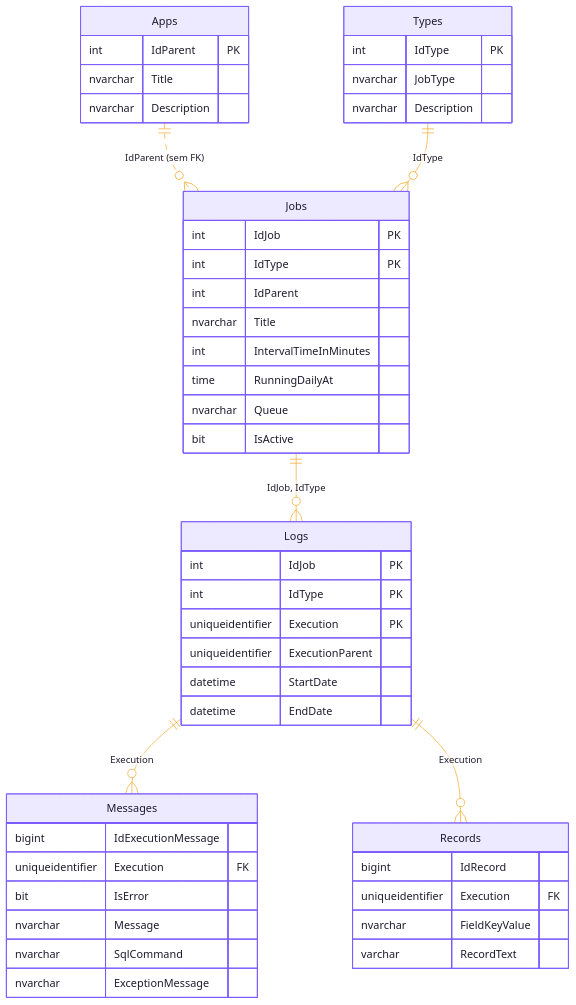
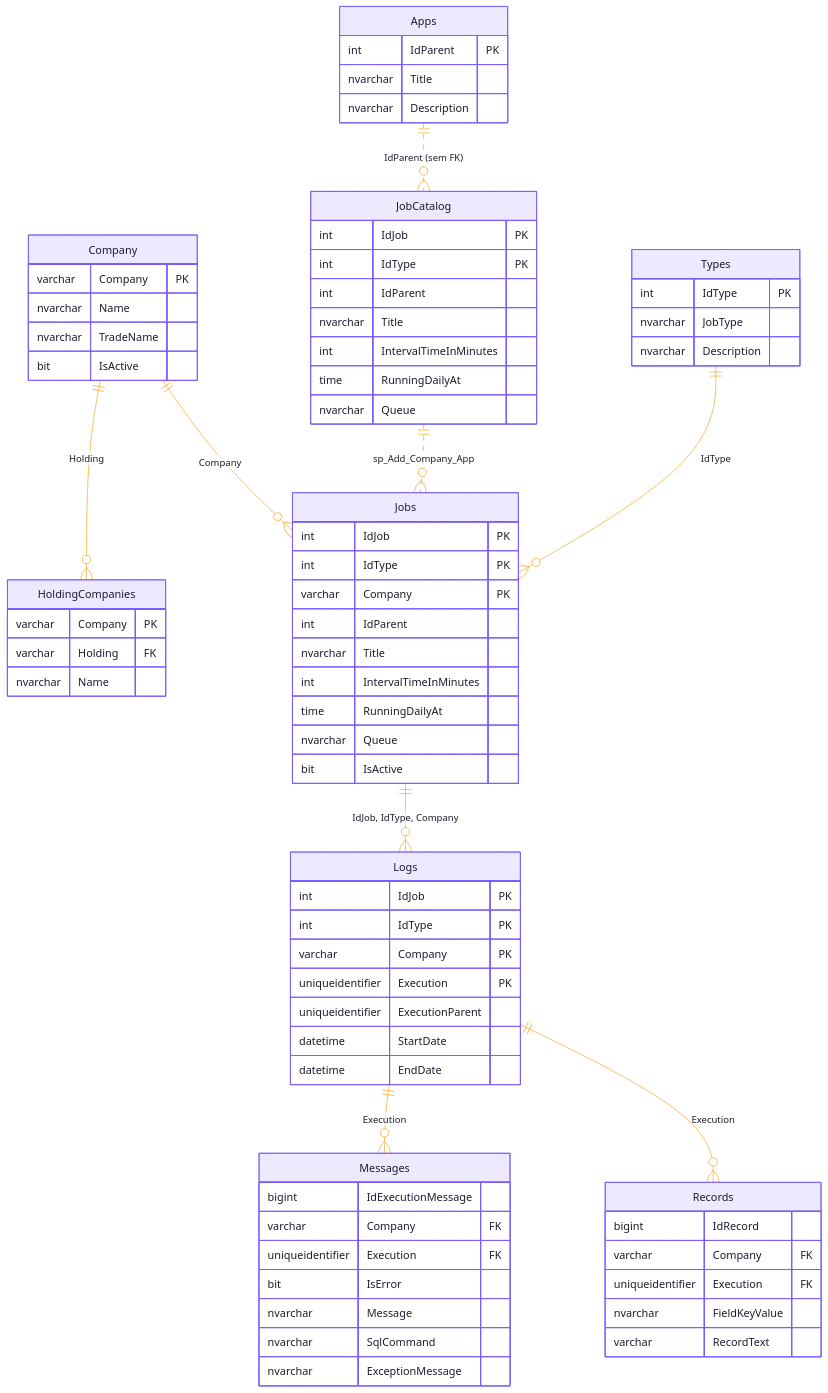
One commit to cayo-kume/extract-transform-load-integrations-system changed the ninth of 11 diagrams in README.md. Above: the diagram before and after it, drawn with Mermaid. The commit also changed other lines of this file and 17 other files, not shown here.

````diff
--- a/README.md
+++ b/README.md
@@ -396,52 +495,79 @@
 ```mermaid
 %%{init: {'theme':'base','themeVariables':{'primaryColor':'#ede9fe','primaryTextColor':'#1e1b2e','primaryBorderColor':'#7c5cff','lineColor':'#f5a524','tertiaryColor':'#ffffff'}}}%%
 erDiagram
-    Apps ||..o{ Jobs : "IdParent (sem FK)"
+    Company ||--o{ HoldingCompanies : "Holding"
+    Company ||--o{ Jobs : "Company"
+    Apps ||..o{ JobCatalog : "IdParent (sem FK)"
+    JobCatalog ||..o{ Jobs : "sp_Add_Company_App"
     Types ||--o{ Jobs : "IdType"
-    Jobs ||--o{ Logs : "IdJob, IdType"
+    Jobs ||--o{ Logs : "IdJob, IdType, Company"
     Logs ||--o{ Messages : "Execution"
     Logs ||--o{ Records : "Execution"
 
+    Company {
+        varchar Company PK
+        nvarchar Name
+        nvarchar TradeName
+        bit IsActive
+    }
+    HoldingCompanies {
+        varchar Company PK
+        varchar Holding FK
+        nvarchar Name
+    }
     Apps {
         int IdParent PK
         nvarchar Title
         nvarchar Description
     }
     Types {
         int IdType PK
         nvarchar JobType
         nvarchar Description
     }
+    JobCatalog {
+        int IdJob PK
+        int IdType PK
+        int IdParent
+        nvarchar Title
+        int IntervalTimeInMinutes
+        time RunningDailyAt
+        nvarchar Queue
+    }
     Jobs {
         int IdJob PK
         int IdType PK
+        varchar Company PK
         int IdParent
         nvarchar Title
         int IntervalTimeInMinutes
         time RunningDailyAt
         nvarchar Queue
         bit IsActive
     }
     Logs {
         int IdJob PK
         int IdType PK
+        varchar Company PK
         uniqueidentifier Execution PK
         uniqueidentifier ExecutionParent
         datetime StartDate
         datetime EndDate
     }
     Messages {
         bigint IdExecutionMessage
+        varchar Company FK
         uniqueidentifier Execution FK
         bit IsError
         nvarchar Message
         nvarchar SqlCommand
         nvarchar ExceptionMessage
     }
     Records {
         bigint IdRecord
+        varchar Company FK
         uniqueidentifier Execution FK
         nvarchar FieldKeyValue
         varchar RecordText
     }
 ```
````
